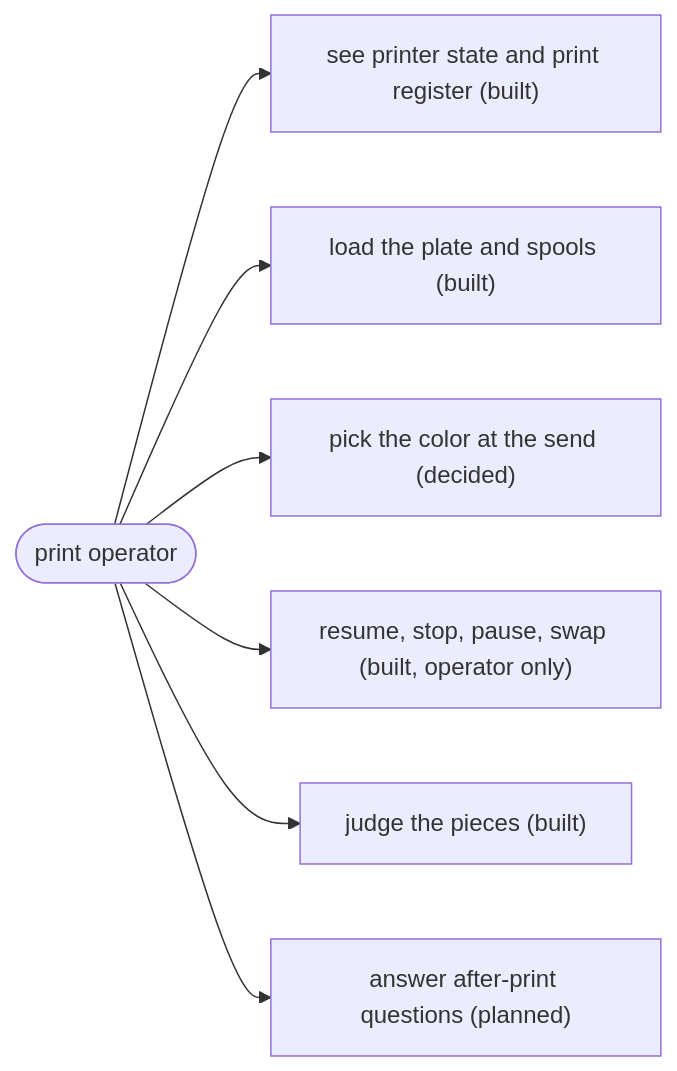
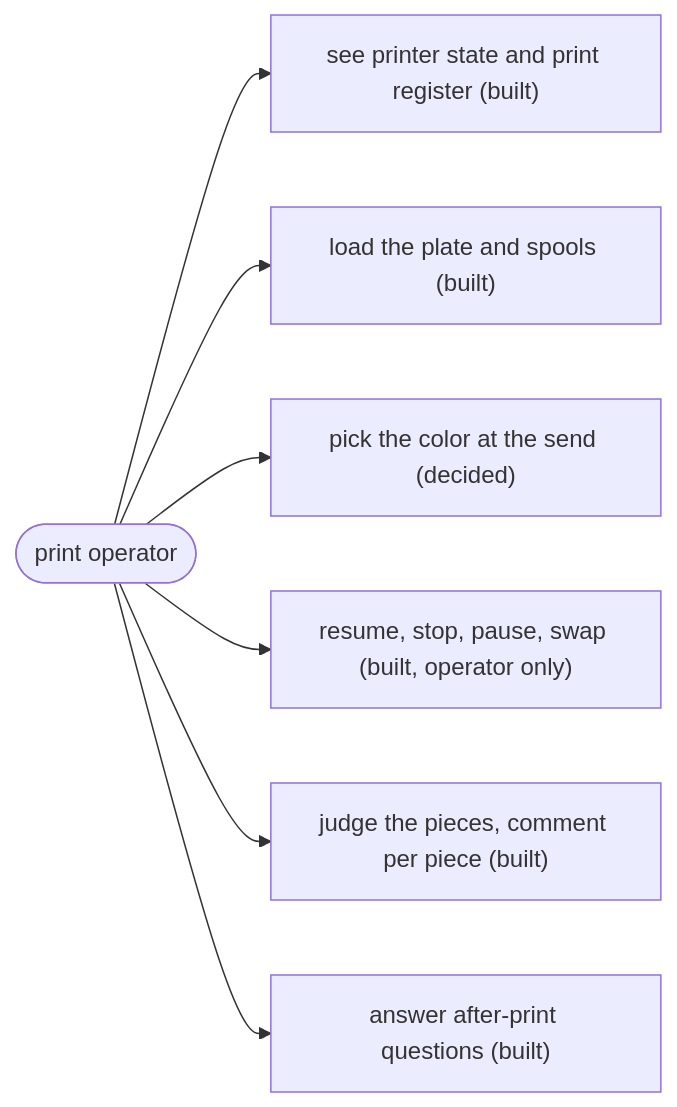
One commit to omars-lab/3d-models changed the fifth of 11 diagrams in docs/design/process/users-and-surfaces-design.md. Above: the diagram before and after it, drawn with Mermaid. The commit also changed other lines of this file and 6 other files, not shown here.

````diff
--- a/docs/design/process/users-and-surfaces-design.md
+++ b/docs/design/process/users-and-surfaces-design.md
@@ -243,9 +351,9 @@
 ```mermaid
 flowchart LR
   p(["print operator"]) --> p1["see printer state and print register (built)"]
   p --> p2["load the plate and spools (built)"]
   p --> p3["pick the color at the send (decided)"]
   p --> p4["resume, stop, pause, swap (built, operator only)"]
-  p --> p5["judge the pieces (built)"]
-  p --> p6["answer after-print questions (planned)"]
+  p --> p5["judge the pieces, comment per piece (built)"]
+  p --> p6["answer after-print questions (built)"]
 ```
````
